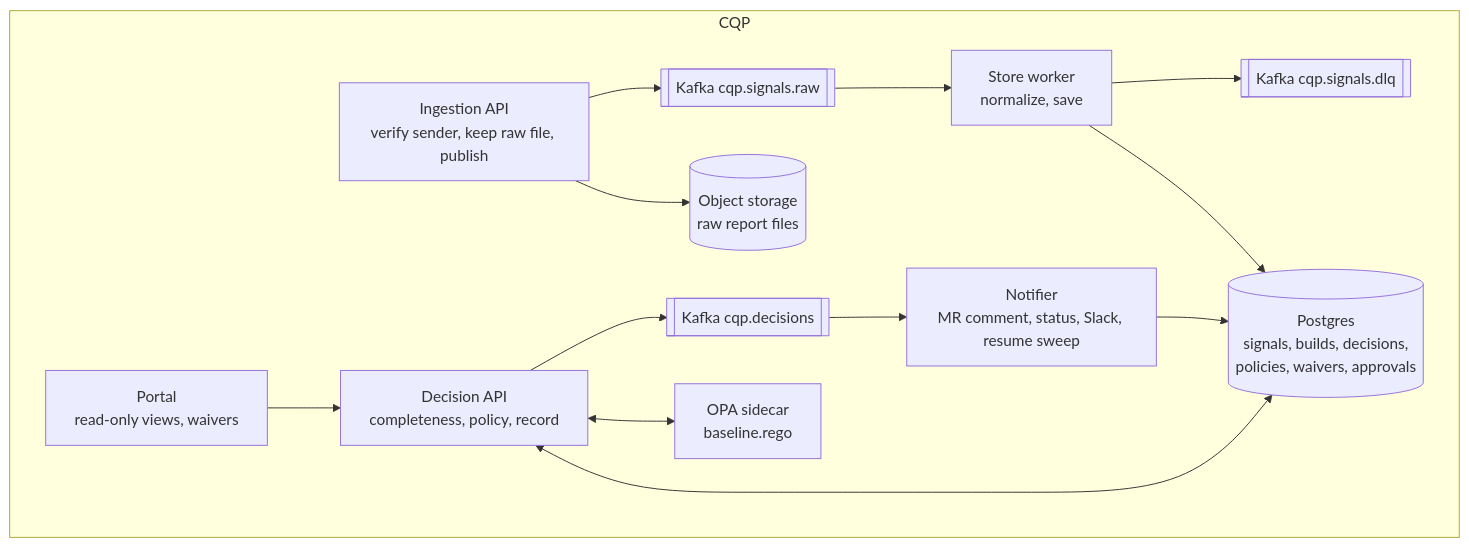
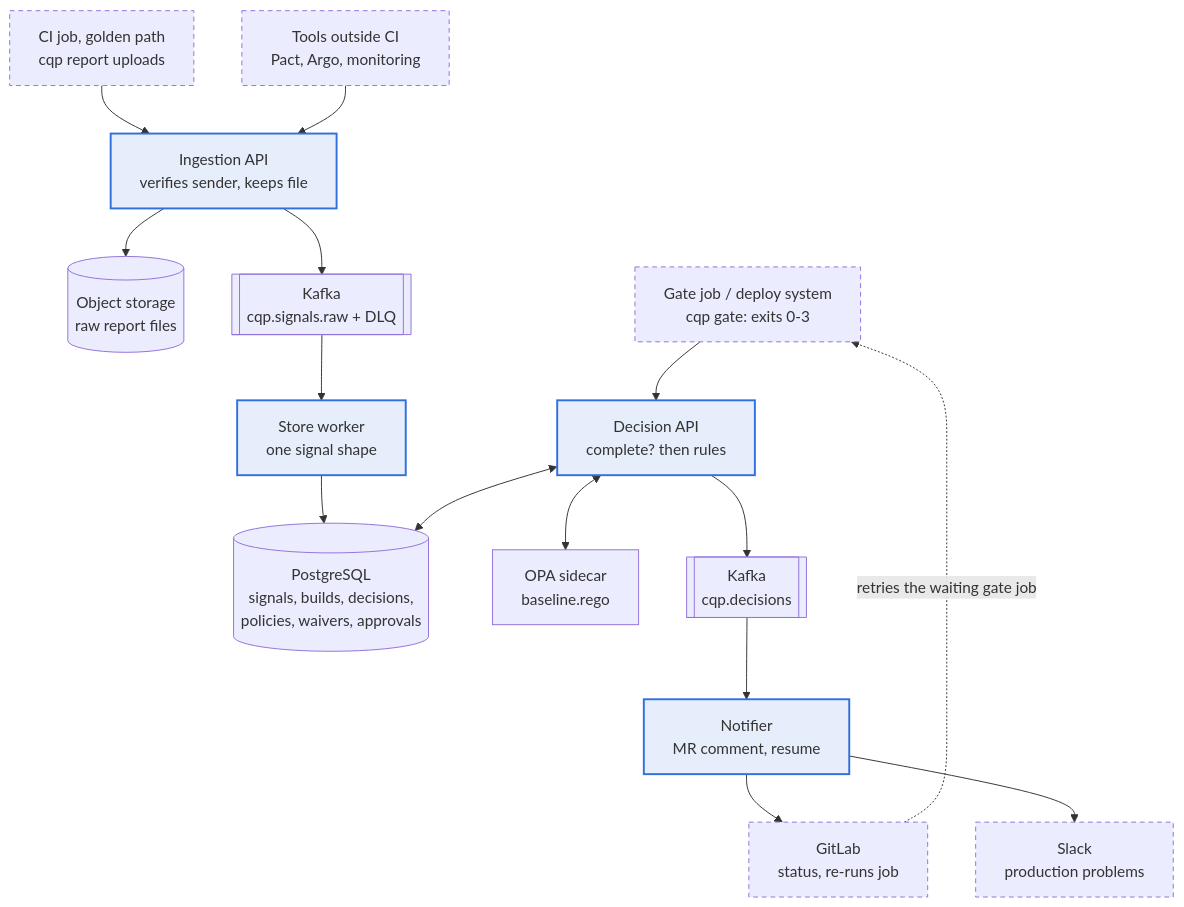
Before and after one commit to nike14/continuous-quality-platform: the diagram in docs/DESIGN.md, drawn with Mermaid. The commit also changed other lines of this file and 11 other files, not shown here.

First line of the commit message:
feat(cqp): judge event schemas and db migrations; make e2e self-cleaning

````diff
--- a/docs/DESIGN.md
+++ b/docs/DESIGN.md
@@ -119,24 +35,30 @@
 ```mermaid
 flowchart TB
-  subgraph CQP
-    ING[Ingestion API<br/>verify sender, keep raw file, publish]
-    RAW[[Kafka cqp.signals.raw]]
-    DLQ[[Kafka cqp.signals.dlq]]
-    ST[Store worker<br/>normalize, save]
-    PG[(Postgres<br/>signals, builds, decisions,<br/>policies, waivers, approvals)]
-    OBJ[(Object storage<br/>raw report files)]
-    DEC[Decision API<br/>completeness, policy, record]
-    OPA[OPA sidecar<br/>baseline.rego]
-    DQ[[Kafka cqp.decisions]]
-    NOT[Notifier<br/>MR comment, status, Slack, resume sweep]
-    PORT[Portal<br/>read-only views, waivers]
-  end
+  CI[CI job, golden path<br/>cqp report uploads]:::ext
+  TOOLS[Tools outside CI<br/>Pact, Argo, monitoring]:::ext
+  ING[Ingestion API<br/>verifies sender, keeps file]:::cqp
+  OBJ[(Object storage<br/>raw report files)]
+  KR[[Kafka<br/>cqp.signals.raw + DLQ]]
+  ST[Store worker<br/>one signal shape]:::cqp
+  PG[(PostgreSQL<br/>signals, builds, decisions,<br/>policies, waivers, approvals)]
+  GATE[Gate job / deploy system<br/>cqp gate: exits 0-3]:::ext
+  DEC[Decision API<br/>complete? then rules]:::cqp
+  OPA[OPA sidecar<br/>baseline.rego]
+  KD[[Kafka<br/>cqp.decisions]]
+  NOT[Notifier<br/>MR comment, resume]:::cqp
+  GL[GitLab<br/>status, re-runs job]:::ext
+  SL[Slack<br/>production problems]:::ext
+  CI --> ING
+  TOOLS --> ING
   ING --> OBJ
-  ING --> RAW --> ST --> PG
-  ST --> DLQ
+  ING --> KR --> ST --> PG
+  GATE --> DEC
   DEC <--> PG
   DEC <--> OPA
-  DEC --> DQ --> NOT
-  NOT --> PG
-  PORT --> DEC
+  DEC --> KD --> NOT
+  NOT --> GL
+  NOT --> SL
+  GL -. retries the waiting gate job .-> GATE
+  classDef cqp fill:#E6EEFC,stroke:#2F6FDE,stroke-width:2px
+  classDef ext stroke-dasharray:5 4
 ```
````
